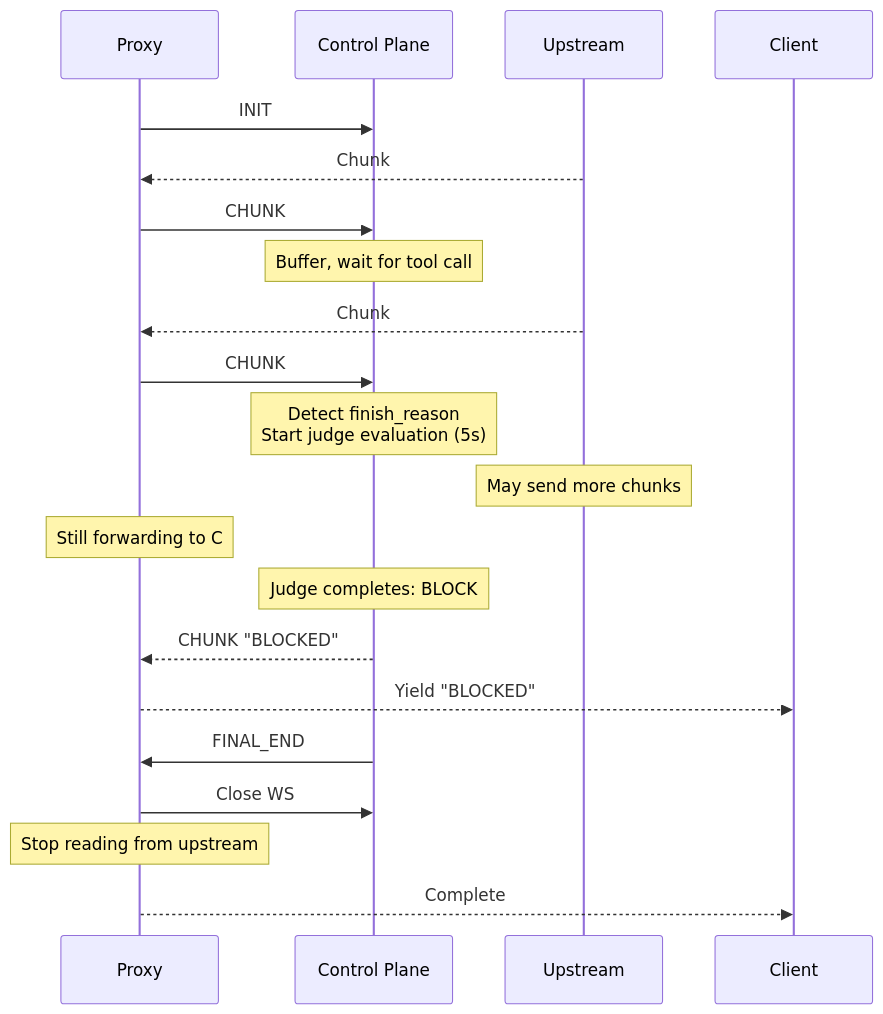
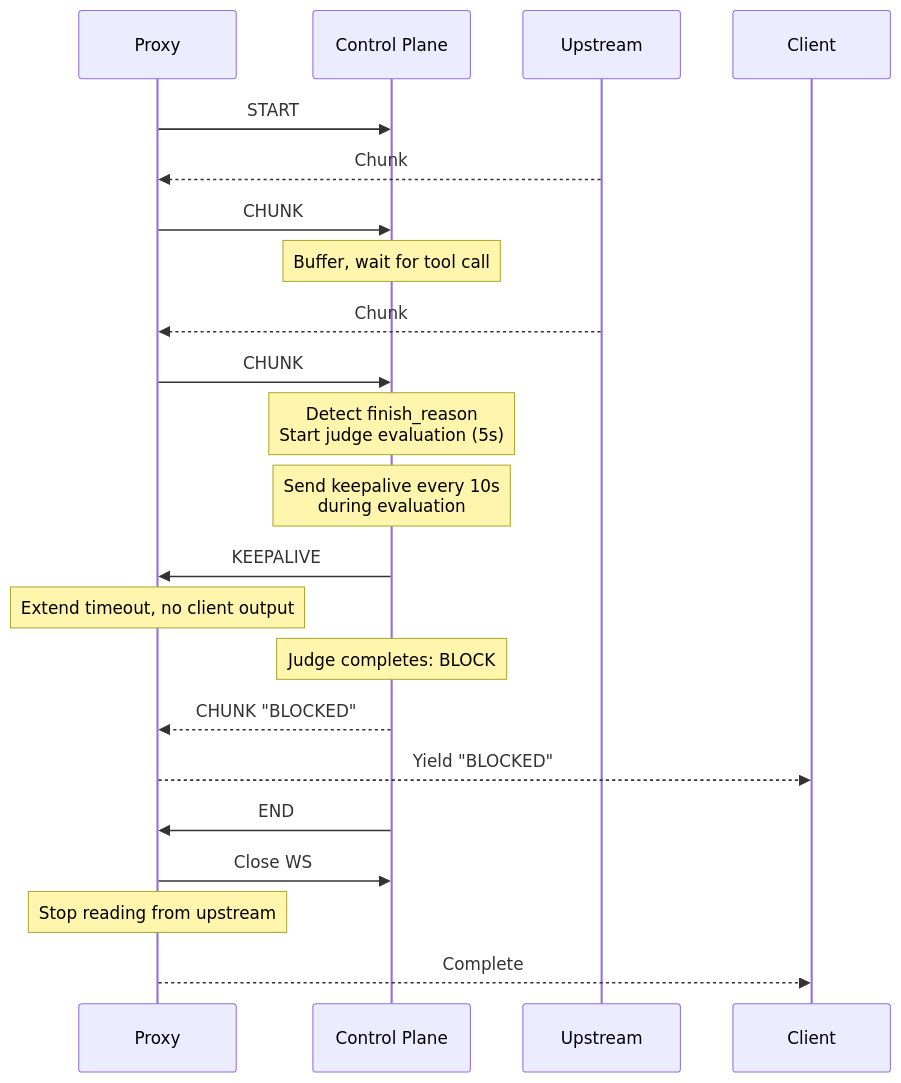
Before and after one commit to LuthienResearch/luthien-proxy: the third of 5 diagrams in dev/streaming-rewrite-plan.md, drawn with Mermaid. The commit also changed other lines of this file, not shown here.

````diff
--- a/dev/streaming-rewrite-plan.md
+++ b/dev/streaming-rewrite-plan.md
@@ -147,26 +198,28 @@
 ```mermaid
 sequenceDiagram
     participant P as Proxy
     participant C as Control Plane
     participant U as Upstream
 
-    P->>C: INIT
+    P->>C: START
     U-->>P: Chunk #1 (role)
     P->>C: CHUNK #1
     Note over C: Buffer, wait for tool call
 
     U-->>P: Chunk #2 (tool_call, finish_reason=tool_calls)
     P->>C: CHUNK #2
     Note over C: Detect finish_reason<br/>Start judge evaluation (5s)
 
-    Note over U: May send more chunks
-    Note over P: Still forwarding to C
+    Note over C: Send keepalive every 10s<br/>during evaluation
+    C->>P: KEEPALIVE
+    Note over P: Extend timeout, no client output
+
     Note over C: Judge completes: BLOCK
 
     C-->>P: CHUNK "BLOCKED"
     P-->>Client: Yield "BLOCKED"
-    C->>P: FINAL_END
+    C->>P: END
     P->>C: Close WS
     Note over P: Stop reading from upstream
     P-->>Client: Complete
 ```
````
